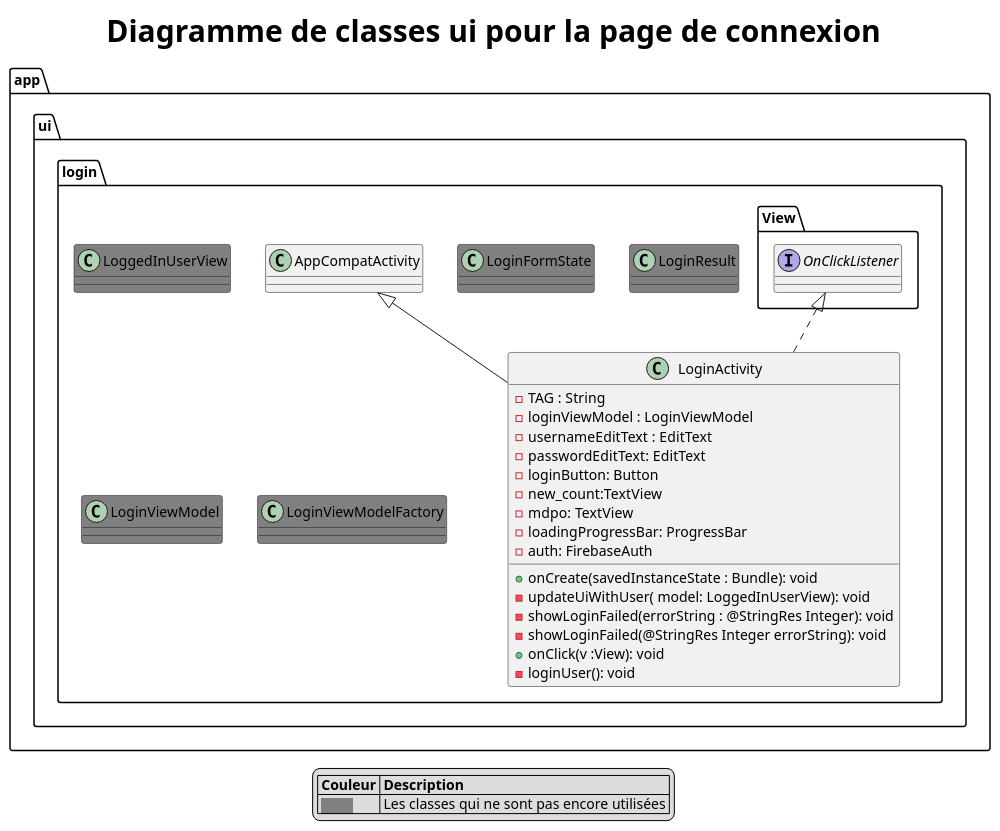
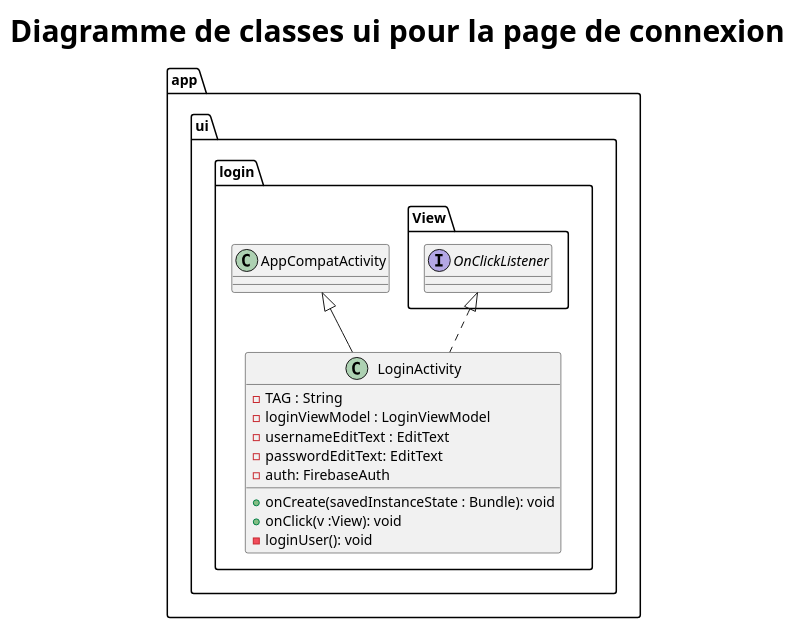
The diagram in app/docs/asciidoc/models/modelui5.puml (SefkanTas/Sonofy), drawn with PlantUML before and after one commit. The commit also changed 9 other files, not shown here.

```diff
--- a/app/docs/asciidoc/models/modelui5.puml
+++ b/app/docs/asciidoc/models/modelui5.puml
@@ -1,48 +1,24 @@
 @startuml modelui5
 title <size:30><b>Diagramme de classes ui pour la page de connexion</b></size>
-legend
-    |= Couleur |= Description |
-    | <size:11><back:#grey>           </back></size>| Les classes qui ne sont pas encore utilisées |
-endlegend
 
 package app{
 
   package ui{
 
       package login{
 
-              class LoggedInUserView #grey{
-
-                }
-
                 class LoginActivity extends AppCompatActivity implements View.OnClickListener{
                      - TAG : String
                      - loginViewModel : LoginViewModel
                      - usernameEditText : EditText
                      - passwordEditText: EditText
-                     - loginButton: Button
-                     - new_count:TextView
-                     - mdpo: TextView
-                     - loadingProgressBar: ProgressBar
                      - auth: FirebaseAuth
 
                      + onCreate(savedInstanceState : Bundle): void
-                     - updateUiWithUser( model: LoggedInUserView): void
-                     - showLoginFailed(errorString : @StringRes Integer): void
-                     - showLoginFailed(@StringRes Integer errorString): void
                      + onClick(v :View): void
                      - loginUser(): void
                 }
-
-                class LoginFormState #grey{}
-
-                class LoginResult #grey{}
-
-                class LoginViewModel #grey{}
-
-                class LoginViewModelFactory #grey{}
-
           }
       }
 }
 @enduml
```
